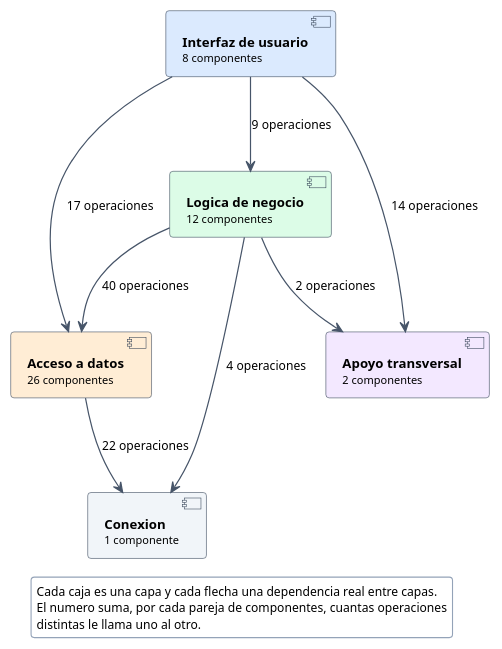
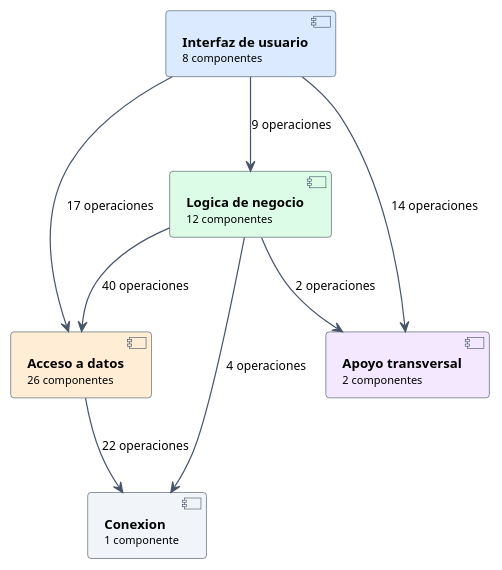
The diagram in docs/diagramas-fuente/DiagramaComponentes_S1_Capas.puml (puj-course/FIS_2630_1204_G2), drawn with PlantUML before and after one commit. The commit also changed 8 other files, not shown here.

```diff
--- a/docs/diagramas-fuente/DiagramaComponentes_S1_Capas.puml
+++ b/docs/diagramas-fuente/DiagramaComponentes_S1_Capas.puml
@@ -1,38 +1,33 @@
 @startuml
 top to bottom direction
 skinparam backgroundColor #FFFFFF
 skinparam shadowing false
 skinparam defaultFontName Helvetica
 skinparam roundCorner 6
 skinparam nodesep 28
 skinparam ranksep 70
 skinparam ArrowColor #475569
 skinparam ArrowFontSize 11
 skinparam ArrowThickness 1.1
 skinparam PackageBorderColor #94A3B8
 skinparam PackageFontStyle bold
 skinparam PackageFontSize 13
 skinparam ComponentBackgroundColor #FFFFFF
 skinparam ComponentFontSize 12
 skinparam ComponentBorderColor #334155
 skinparam legendBackgroundColor #FFFFFF
 skinparam legendBorderColor #94A3B8
 skinparam legendFontSize 11
 component "**Interfaz de usuario**\n<size:10>8 componentes</size>" as k_ui #DBEAFE
 component "**Logica de negocio**\n<size:10>12 componentes</size>" as k_negocio #DCFCE7
 component "**Acceso a datos**\n<size:10>26 componentes</size>" as k_datos #FFEDD5
 component "**Conexion**\n<size:10>1 componente</size>" as k_conexion #F1F5F9
 component "**Apoyo transversal**\n<size:10>2 componentes</size>" as k_apoyo #F3E8FF
 k_negocio --> k_datos : 40 operaciones
 k_datos --> k_conexion : 22 operaciones
 k_ui --> k_datos : 17 operaciones
 k_ui --> k_apoyo : 14 operaciones
 k_ui --> k_negocio : 9 operaciones
 k_negocio --> k_conexion : 4 operaciones
 k_negocio --> k_apoyo : 2 operaciones
-legend bottom
-Cada caja es una capa y cada flecha una dependencia real entre capas.
-El numero suma, por cada pareja de componentes, cuantas operaciones
-distintas le llama uno al otro.
-endlegend
 @enduml
```
